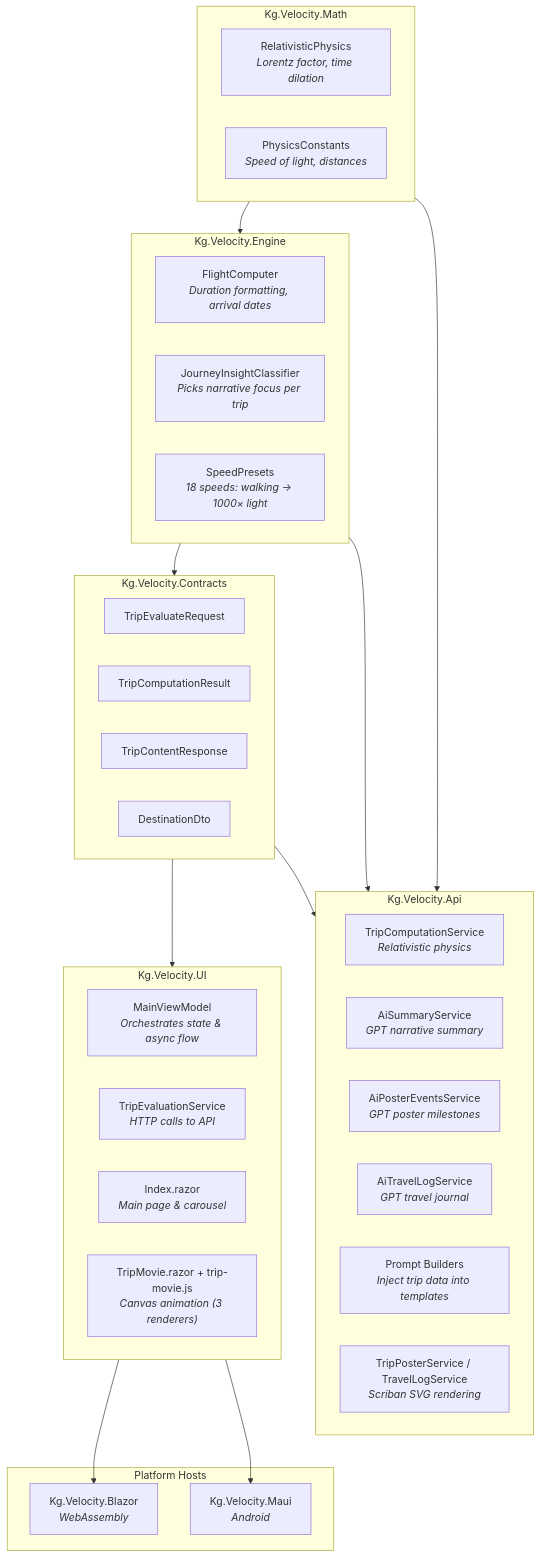
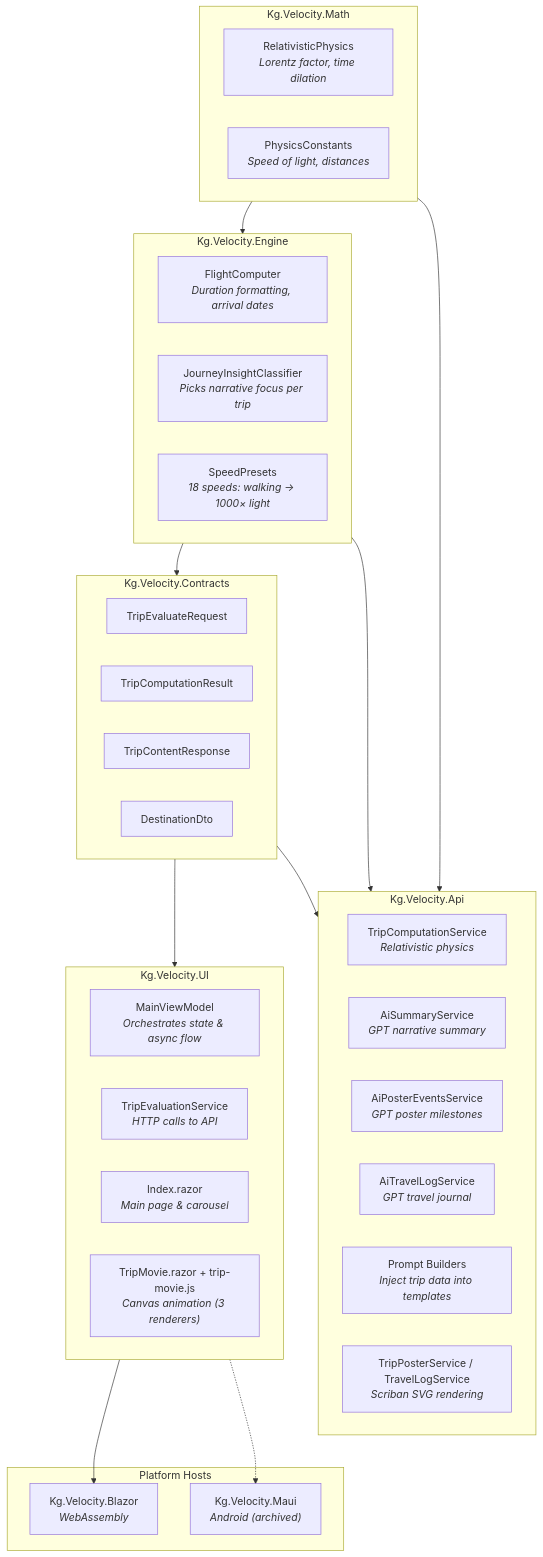
One commit to kengorman/kg-velocity-public changed the first of 2 diagrams in docs/architecture-diagrams.md. Above: the diagram before and after it, drawn with Mermaid. The commit also changed 12 other files, not shown here.

Commit message:
disabled the Maui project. Android dev is no longer continuing

````diff
--- a/docs/architecture-diagrams.md
+++ b/docs/architecture-diagrams.md
@@ -5,50 +5,50 @@
 ```mermaid
 graph TB
     subgraph Math["Kg.Velocity.Math"]
         RelativisticPhysics["RelativisticPhysics<br/><i>Lorentz factor, time dilation</i>"]
         PhysicsConstants["PhysicsConstants<br/><i>Speed of light, distances</i>"]
     end
 
     subgraph Engine["Kg.Velocity.Engine"]
         FlightComputer["FlightComputer<br/><i>Duration formatting, arrival dates</i>"]
         InsightClassifier["JourneyInsightClassifier<br/><i>Picks narrative focus per trip</i>"]
         SpeedPresets["SpeedPresets<br/><i>18 speeds: walking → 1000× light</i>"]
     end
 
     subgraph Contracts["Kg.Velocity.Contracts"]
         TripRequest["TripEvaluateRequest"]
         TripResult["TripComputationResult"]
         TripContent["TripContentResponse"]
         DestinationDto["DestinationDto"]
     end
 
     subgraph UI["Kg.Velocity.UI"]
         MainViewModel["MainViewModel<br/><i>Orchestrates state & async flow</i>"]
         TripEvalService["TripEvaluationService<br/><i>HTTP calls to API</i>"]
         IndexRazor["Index.razor<br/><i>Main page & carousel</i>"]
         TripMovie["TripMovie.razor + trip-movie.js<br/><i>Canvas animation (3 renderers)</i>"]
     end
 
     subgraph Api["Kg.Velocity.Api"]
         ComputeService["TripComputationService<br/><i>Relativistic physics</i>"]
         AiSummary["AiSummaryService<br/><i>GPT narrative summary</i>"]
         AiPoster["AiPosterEventsService<br/><i>GPT poster milestones</i>"]
         AiTravelLog["AiTravelLogService<br/><i>GPT travel journal</i>"]
         PromptBuilders["Prompt Builders<br/><i>Inject trip data into templates</i>"]
         SvgRenderers["TripPosterService / TravelLogService<br/><i>Scriban SVG rendering</i>"]
     end
 
     subgraph Hosts["Platform Hosts"]
         Blazor["Kg.Velocity.Blazor<br/><i>WebAssembly</i>"]
-        Maui["Kg.Velocity.Maui<br/><i>Android</i>"]
+        Maui["Kg.Velocity.Maui<br/><i>Android (archived)</i>"]
     end
 
     Math --> Engine
     Engine --> Contracts
     Contracts --> UI
     Contracts --> Api
     UI --> Blazor
-    UI --> Maui
+    UI -.-> Maui
     Engine --> Api
     Math --> Api
 ```
````
